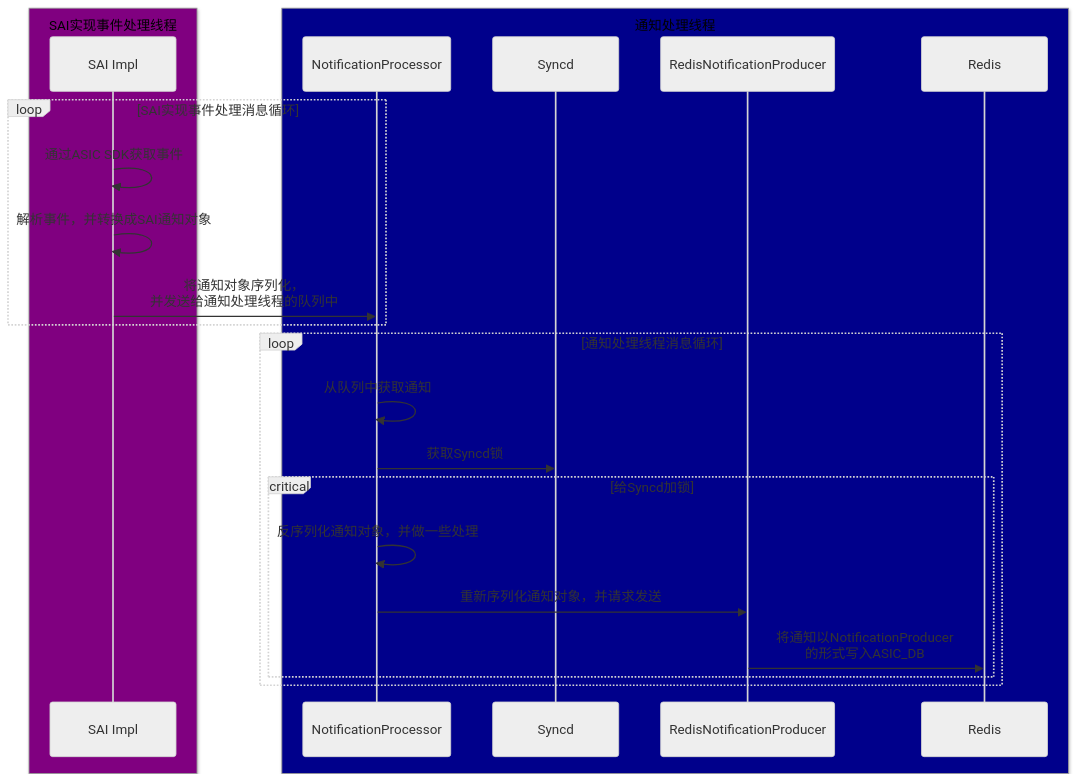
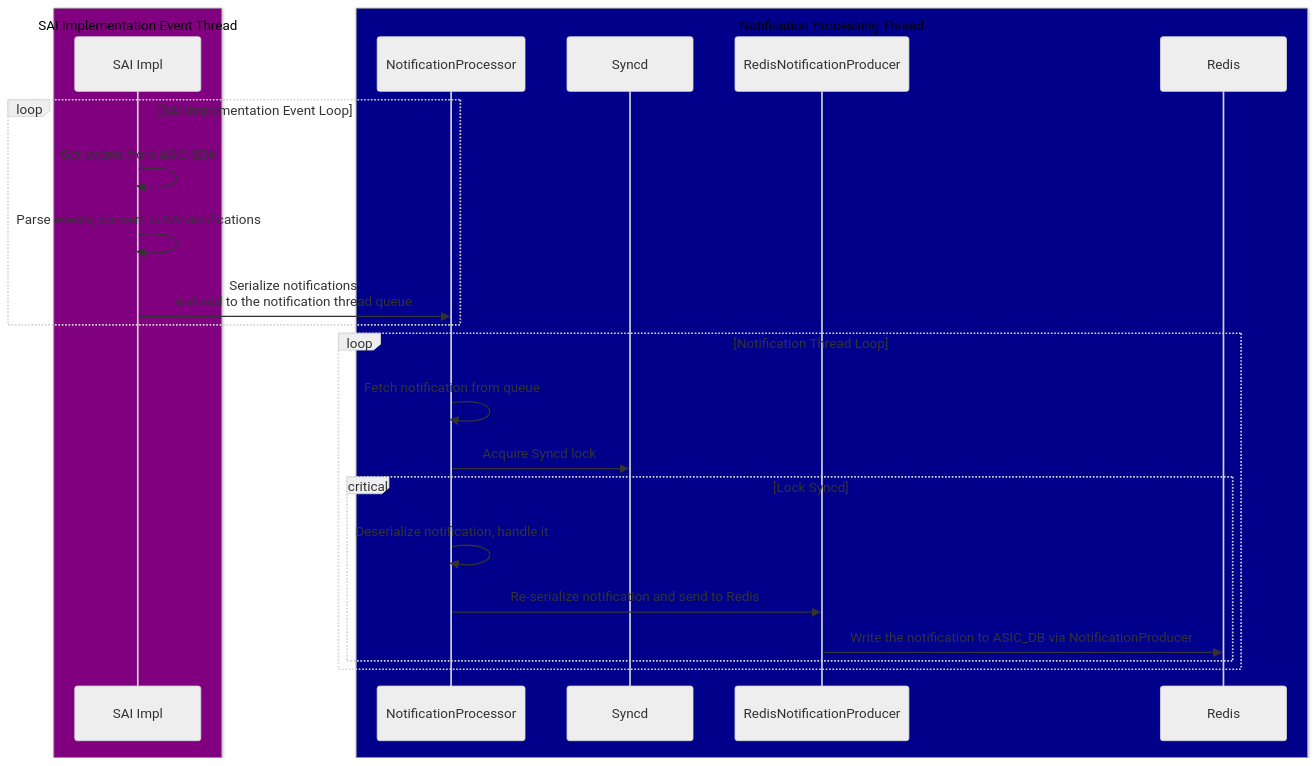
Before and after one commit to r12f/sonic-book: the fourth of 4 diagrams in src/5-1-syncd-and-sai.md, drawn with Mermaid (neutral theme). The commit also changed other lines of this file and 53 other files, not shown here.

````diff
--- a/src/5-1-syncd-and-sai.md
+++ b/src/5-1-syncd-and-sai.md
@@ -553,28 +558,28 @@
 ```mermaid
 sequenceDiagram
-    box purple SAI实现事件处理线程
+    box purple SAI Implementation Event Thread
     participant SAI as SAI Impl
     end
-    box darkblue 通知处理线程
+    box darkblue Notification Processing Thread
     participant NP as NotificationProcessor
     participant SD as Syncd
     participant RNP as RedisNotificationProducer
     participant R as Redis
     end
 
-    loop SAI实现事件处理消息循环
-        SAI->>SAI: 通过ASIC SDK获取事件
-        SAI->>SAI: 解析事件，并转换成SAI通知对象
-        SAI->>NP: 将通知对象序列化，<br/>并发送给通知处理线程的队列中
+    loop SAI Implementation Event Loop
+        SAI->>SAI: Get events from ASIC SDK
+        SAI->>SAI: Parse events, convert to SAI notifications
+        SAI->>NP: Serialize notifications<br/>and add to the notification thread queue
     end
 
-    loop 通知处理线程消息循环
-        NP->>NP: 从队列中获取通知
-        NP->>SD: 获取Syncd锁
-        critical 给Syncd加锁
-            NP->>NP: 反序列化通知对象，并做一些处理
-            NP->>RNP: 重新序列化通知对象，并请求发送
-            RNP->>R: 将通知以NotificationProducer<br/>的形式写入ASIC_DB
+    loop Notification Thread Loop
+        NP->>NP: Fetch notification from queue
+        NP->>SD: Acquire Syncd lock
+        critical Lock Syncd
+            NP->>NP: Deserialize notification, handle it
+            NP->>RNP: Re-serialize notification and send to Redis
+            RNP->>R: Write the notification to ASIC_DB via NotificationProducer
         end
     end
 ```
````
